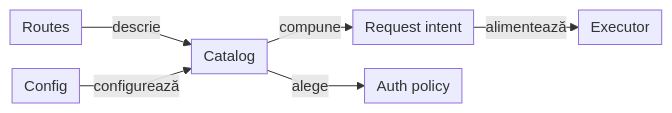
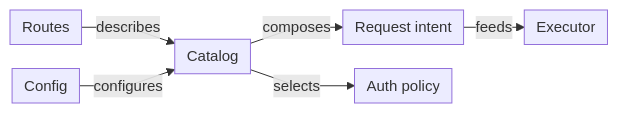
The seventh of 12 diagrams in docs/ATF_Architecture.md (crististefanita/atf_j1), drawn with Mermaid before and after one commit. The commit also changed other lines of this file and 83 other files, not shown here.

````diff
--- a/docs/ATF_Architecture.md
+++ b/docs/ATF_Architecture.md
@@ -486,9 +488,9 @@
 ```mermaid
 %%{init: {"themeVariables":{"fontSize":"15px"},"themeCSS":".nodeLabel, .nodeLabel p { font-size: 15px !important; line-height: 1.35 !important; } .edgeLabel, .edgeLabel p { font-size: 12px !important; font-weight: 400 !important; line-height: 1.2 !important; } .edgeLabel .labelBkg, .edgeLabel p { background: transparent !important; } .edgeLabel foreignObject { transform: translateY(-18px); overflow: visible; } .node rect { rx: 6px; ry: 6px; }","flowchart":{"curve":"linear","nodeSpacing":24,"rankSpacing":24,"padding":6,"diagramPadding":20}}}%%
 flowchart LR
-    Paths["Routes"] -->|descrie| Catalog["Catalog"]
-    Config["Config"] -->|configurează| Catalog
-    Catalog -->|compune| Operation["Request intent"]
-    Catalog -->|alege| Auth["Auth policy"]
-    Operation -->|alimentează| Executor["Executor"]
+    Paths["Routes"] -->|describes| Catalog["Catalog"]
+    Config["Config"] -->|configures| Catalog
+    Catalog -->|composes| Operation["Request intent"]
+    Catalog -->|selects| Auth["Auth policy"]
+    Operation -->|feeds| Executor["Executor"]
 ```
````
